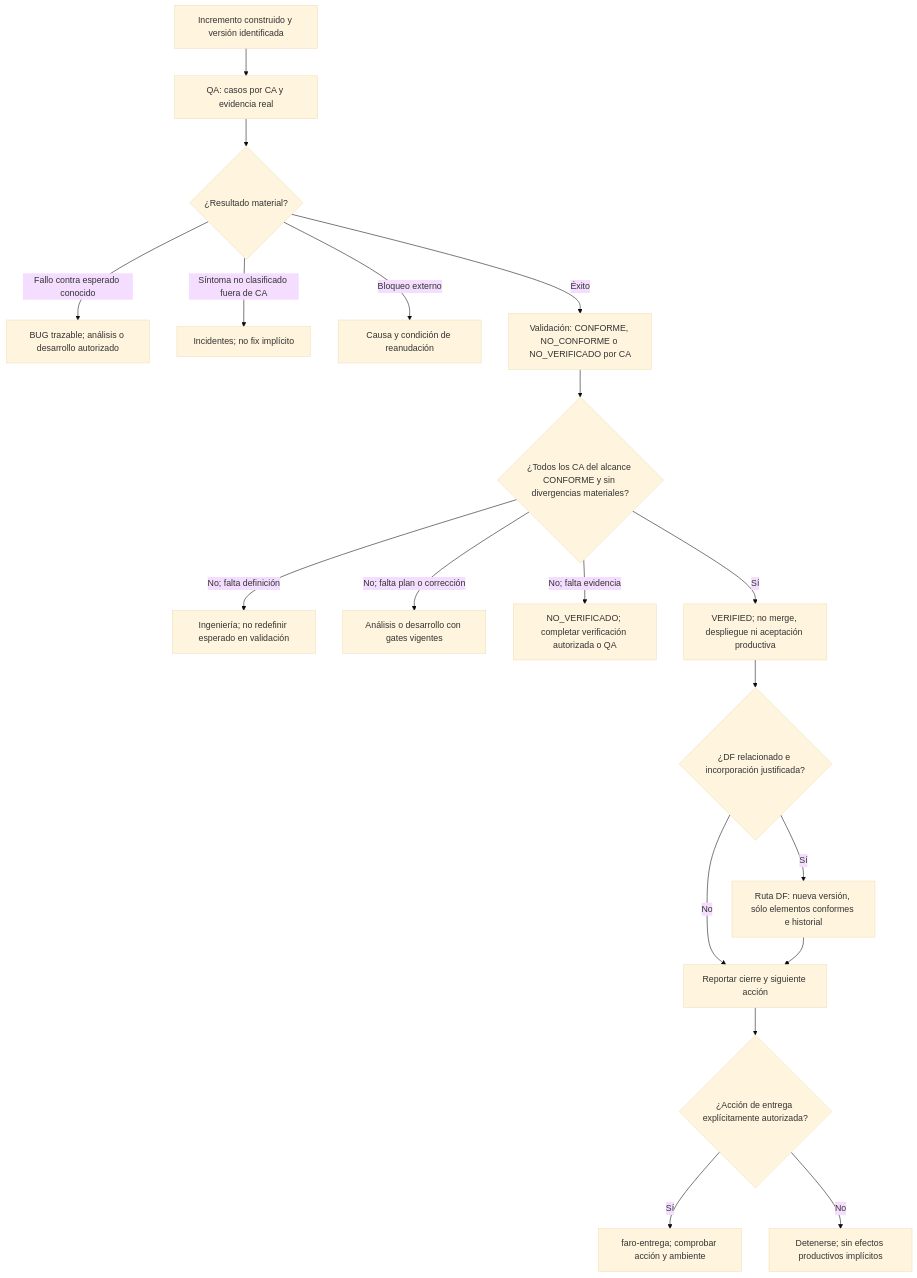
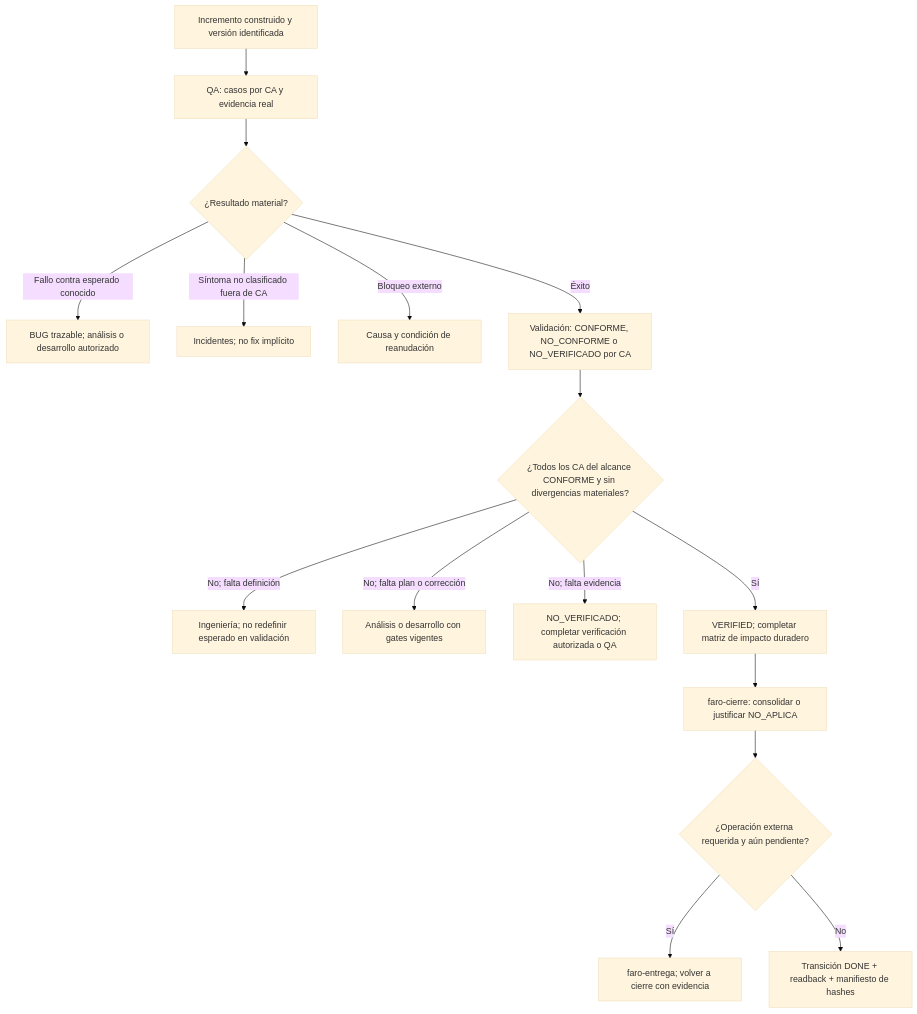
One commit to matgro/faro-suite-skills changed the fifth of 5 diagrams in docs/flujo-faro/03-solicitudes-y-desarrollo.md. Above: the diagram before and after it, drawn with Mermaid (base theme). The commit also changed other lines of this file and 73 other files, not shown here.

````diff
--- a/docs/flujo-faro/03-solicitudes-y-desarrollo.md
+++ b/docs/flujo-faro/03-solicitudes-y-desarrollo.md
@@ -300,21 +301,18 @@
 ```mermaid
 flowchart TD
     incremento["Incremento construido y versión identificada"] --> qa["QA: casos por CA y evidencia real"]
     qa --> fallo{"¿Resultado material?"}
     fallo -->|"Fallo contra esperado conocido"| bug["BUG trazable; análisis o desarrollo autorizado"]
     fallo -->|"Síntoma no clasificado fuera de CA"| inc["Incidentes; no fix implícito"]
     fallo -->|"Bloqueo externo"| espera["Causa y condición de reanudación"]
     fallo -->|"Éxito"| validar["Validación: CONFORME, NO_CONFORME o NO_VERIFICADO por CA"]
     validar --> todos{"¿Todos los CA del alcance CONFORME y sin divergencias materiales?"}
     todos -->|"No; falta definición"| definicion["Ingeniería; no redefinir esperado en validación"]
     todos -->|"No; falta plan o corrección"| corregir["Análisis o desarrollo con gates vigentes"]
     todos -->|"No; falta evidencia"| evidencia["NO_VERIFICADO; completar verificación autorizada o QA"]
-    todos -->|"Sí"| verified["VERIFIED; no merge, despliegue ni aceptación productiva"]
-    verified --> df{"¿DF relacionado e incorporación justificada?"}
-    df -->|"Sí"| baseline["Ruta DF: nueva versión, sólo elementos conformes e historial"]
-    df -->|"No"| salida["Reportar cierre y siguiente acción"]
-    baseline --> salida
-    salida --> entrega{"¿Acción de entrega explícitamente autorizada?"}
-    entrega -->|"Sí"| ruta_entrega["faro-entrega; comprobar acción y ambiente"]
-    entrega -->|"No"| fin["Detenerse; sin efectos productivos implícitos"]
+    todos -->|"Sí"| verified["VERIFIED; completar matriz de impacto duradero"]
+    verified --> close["faro-cierre: consolidar o justificar NO_APLICA"]
+    close --> delivery{"¿Operación externa requerida y aún pendiente?"}
+    delivery -->|"Sí"| ruta_entrega["faro-entrega; volver a cierre con evidencia"]
+    delivery -->|"No"| done["Transición DONE + readback + manifiesto de hashes"]
 ```
````
